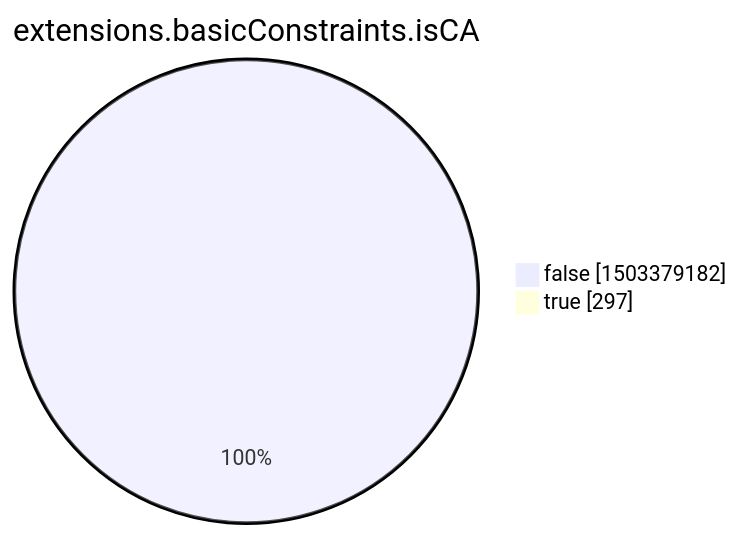
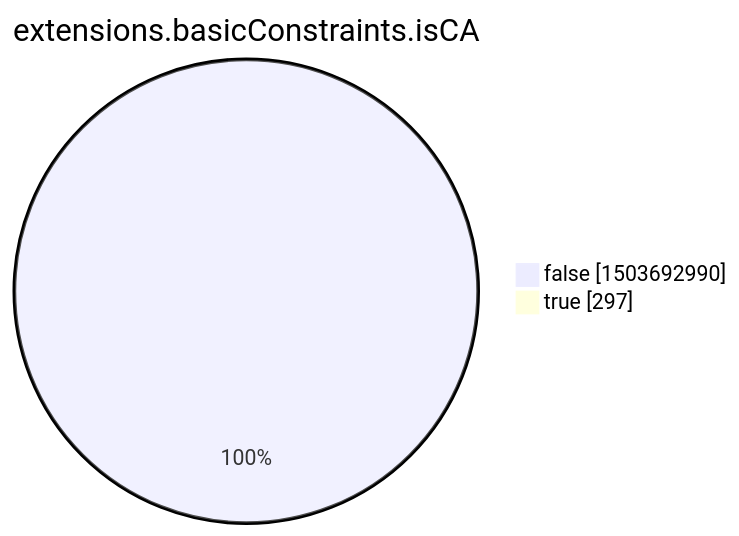
The eighth of 15 diagrams in argon2022/README.md (christiankrug/ctmonitor_visualization), drawn with Mermaid before and after one commit. The commit also changed other lines of this file, not shown here.

````diff
--- a/argon2022/README.md
+++ b/argon2022/README.md
@@ -2760,6 +2760,6 @@
 ```mermaid
 pie showData
 title extensions.basicConstraints.isCA
-"false" :1503379182
+"false" :1503692990
 "true" :297
 ```
````
